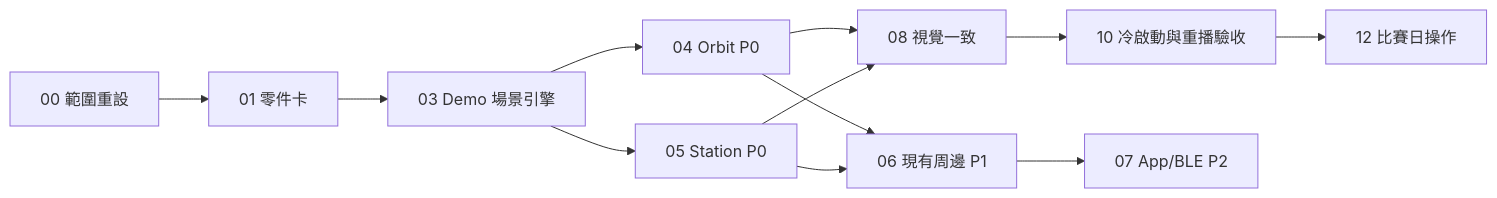
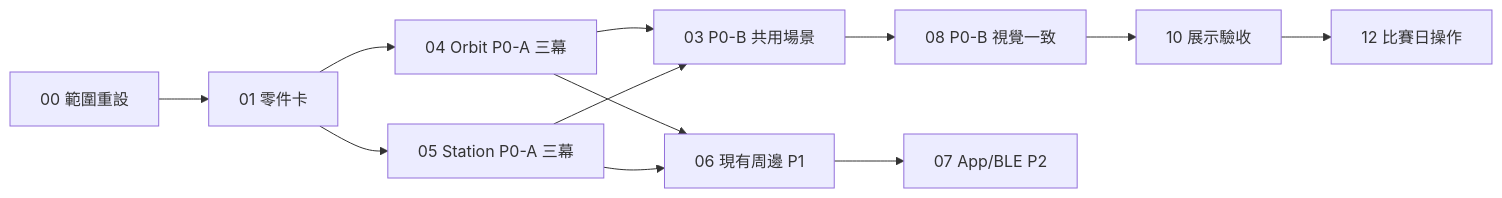
One commit to z1nnz/graduation-project-nudge changed the diagram in docs/work-packages/README.md. Above: the diagram before and after it, drawn with Mermaid. The commit also changed other lines of this file and 14 other files, not shown here.

````diff
--- a/docs/work-packages/README.md
+++ b/docs/work-packages/README.md
@@ -55,14 +56,14 @@
 ```mermaid
 flowchart LR
   A[00 範圍重設] --> B[01 零件卡]
-  B --> C[03 Demo 場景引擎]
-  C --> D[04 Orbit P0]
-  C --> E[05 Station P0]
-  D --> F[08 視覺一致]
-  E --> F
-  F --> G[10 冷啟動與重播驗收]
+  B --> D[04 Orbit P0-A 三幕]
+  B --> E[05 Station P0-A 三幕]
+  D --> C[03 P0-B 共用場景]
+  E --> C
+  C --> F[08 P0-B 視覺一致]
+  F --> G[10 展示驗收]
   G --> H[12 比賽日操作]
   D --> I[06 現有周邊 P1]
   E --> I
   I --> J[07 App/BLE P2]
 ```
````
